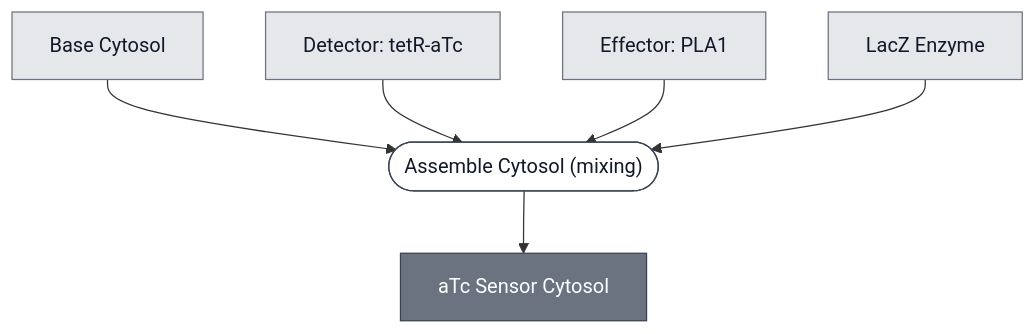
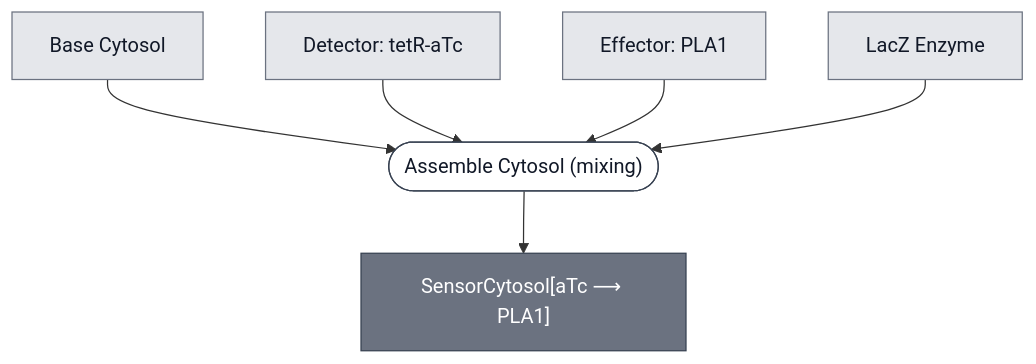
The diagram in docs/modules/atc-sensor-cytosol/spec.md (nucleus-eng/nucleus-docs), drawn with Mermaid before and after one commit. The commit also changed other lines of this file and 47 other files, not shown here.

````diff
--- a/docs/modules/atc-sensor-cytosol/spec.md
+++ b/docs/modules/atc-sensor-cytosol/spec.md
@@ -31,31 +31,31 @@
 ```mermaid
 flowchart TD
     BASE_CYTOSOL["Base Cytosol"]
     DETECTOR_TETR_ATC["Detector: tetR-aTc"]
     EFFECTOR_PLA1["Effector: PLA1"]
     REPORTER_LACZ_ENZYME["LacZ Enzyme"]
 
     P1_ASSEMBLE_CYTOSOL_0(["Assemble Cytosol (mixing)"])
-    ATC_SENSOR_CYTOSOL["aTc Sensor Cytosol"]
+    ATC_SENSOR_CYTOSOL["SensorCytosol[aTc ⟶ PLA1]"]
 
     BASE_CYTOSOL --> P1_ASSEMBLE_CYTOSOL_0
     DETECTOR_TETR_ATC --> P1_ASSEMBLE_CYTOSOL_0
     EFFECTOR_PLA1 --> P1_ASSEMBLE_CYTOSOL_0
     REPORTER_LACZ_ENZYME --> P1_ASSEMBLE_CYTOSOL_0
     P1_ASSEMBLE_CYTOSOL_0 --> ATC_SENSOR_CYTOSOL
 
 
     classDef leaf     fill:#e5e7eb,stroke:#6b7280,color:#111827;
     classDef composed fill:#6b7280,stroke:#374151,color:#ffffff;
     classDef process  fill:#ffffff,stroke:#374151,color:#111827;
     class BASE_CYTOSOL,DETECTOR_TETR_ATC,EFFECTOR_PLA1,REPORTER_LACZ_ENZYME leaf;
     class ATC_SENSOR_CYTOSOL composed;
     class P1_ASSEMBLE_CYTOSOL_0 process;
 
     click BASE_CYTOSOL "/docs/modules/base-cytosol/spec"
     click DETECTOR_TETR_ATC "/docs/modules/detector-tetr-atc/spec"
     click EFFECTOR_PLA1 "/docs/modules/effector-pla1/spec"
     click REPORTER_LACZ_ENZYME "/docs/modules/reporter-lacz-enzyme/spec"
     click P1_ASSEMBLE_CYTOSOL_0 "/docs/processes/assemble-cytosol/assemble-cytosol-main"
     click ATC_SENSOR_CYTOSOL "/docs/modules/atc-sensor-cytosol/spec"
 ```
````
